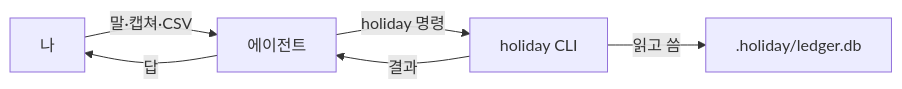
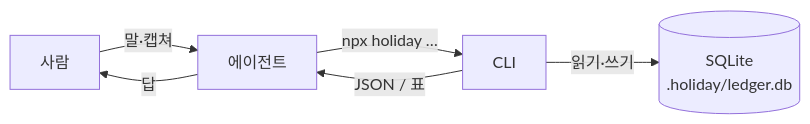
Before and after one commit to ssota-labs/holiday: the first of 3 diagrams in README.md, drawn with Mermaid. The commit also changed other lines of this file, not shown here.

````diff
--- a/README.md
+++ b/README.md
@@ -101,8 +95,8 @@
 ```mermaid
 flowchart LR
-  You[나] -->|말·캡쳐·CSV| Agent[에이전트]
-  Agent -->|holiday 명령| CLI[holiday CLI]
-  CLI -->|읽고 씀| Ledger[".holiday/ledger.db"]
-  CLI -->|결과| Agent
-  Agent -->|답| You
+  person[사람] -->|말·캡쳐| agent[에이전트]
+  agent -->|npx holiday …| cli[CLI]
+  cli -->|읽기·쓰기| db[(SQLite<br/>.holiday/ledger.db)]
+  cli -->|JSON / 표| agent
+  agent -->|답| person
 ```
````
